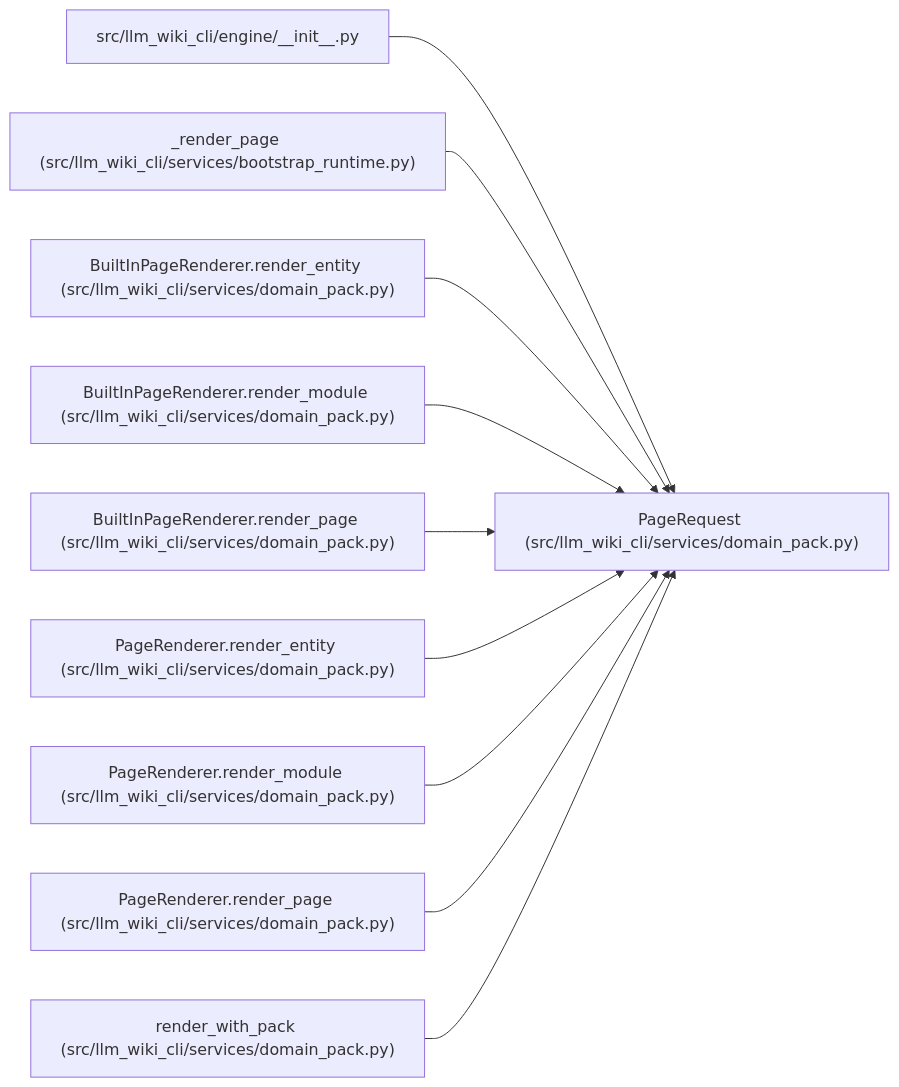
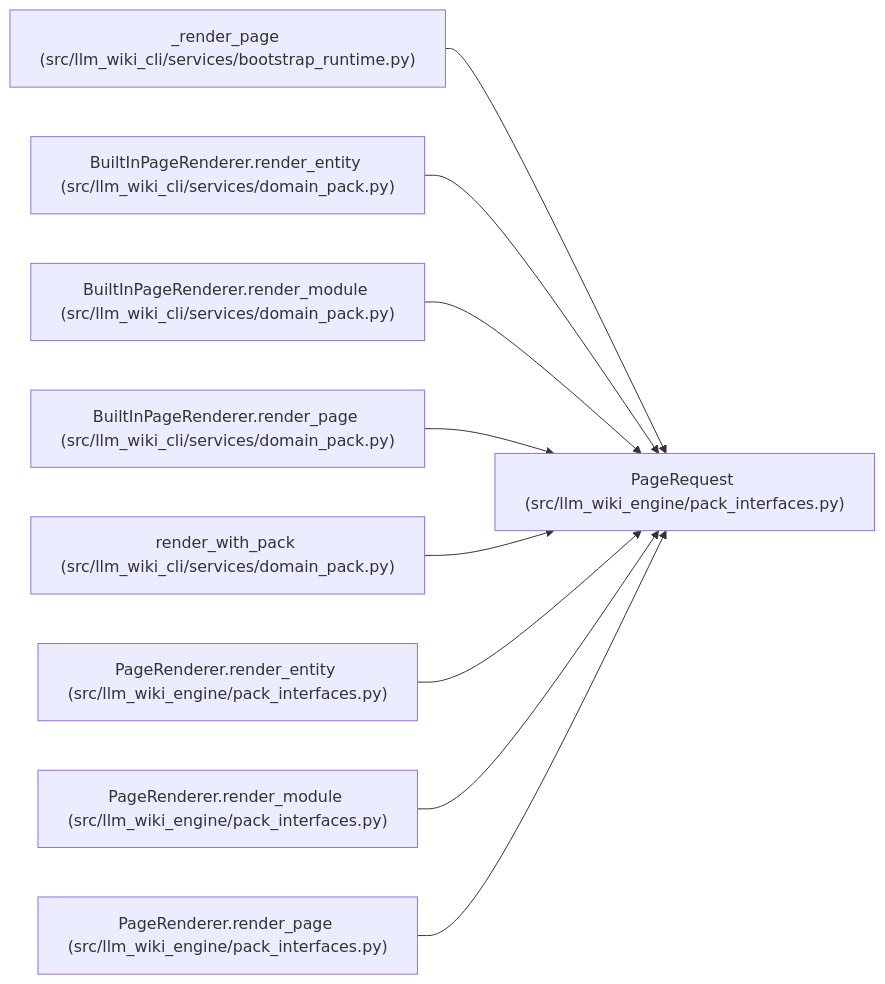
One commit to Denissvgn/python-wiki-llm changed the diagram in docs/llm_wiki/entities/PageRequest.md. Above: the diagram before and after it, drawn with Mermaid. The commit also changed other lines of this file and 585 other files, not shown here.

Commit message:
docs: refresh the wiki for per-engine integrations

````diff
--- a/docs/llm_wiki/entities/PageRequest.md
+++ b/docs/llm_wiki/entities/PageRequest.md
@@ -50,32 +50,29 @@
 ```mermaid
 flowchart LR
-    n0["PageRequest (src/llm_wiki_cli/services/domain_pack.py)"]
-    n1["src/llm_wiki_cli/engine/__init__.py"]
-    n2["_render_page (src/llm_wiki_cli/services/bootstrap_runtime.py)"]
-    n3["BuiltInPageRenderer.render_entity (src/llm_wiki_cli/services/domain_pack.py)"]
-    n4["BuiltInPageRenderer.render_module (src/llm_wiki_cli/services/domain_pack.py)"]
-    n5["BuiltInPageRenderer.render_page (src/llm_wiki_cli/services/domain_pack.py)"]
-    n6["PageRenderer.render_entity (src/llm_wiki_cli/services/domain_pack.py)"]
-    n7["PageRenderer.render_module (src/llm_wiki_cli/services/domain_pack.py)"]
-    n8["PageRenderer.render_page (src/llm_wiki_cli/services/domain_pack.py)"]
-    n9["render_with_pack (src/llm_wiki_cli/services/domain_pack.py)"]
+    n0["PageRequest (src/llm_wiki_engine/pack_interfaces.py)"]
+    n1["_render_page (src/llm_wiki_cli/services/bootstrap_runtime.py)"]
+    n2["BuiltInPageRenderer.render_entity (src/llm_wiki_cli/services/domain_pack.py)"]
+    n3["BuiltInPageRenderer.render_module (src/llm_wiki_cli/services/domain_pack.py)"]
+    n4["BuiltInPageRenderer.render_page (src/llm_wiki_cli/services/domain_pack.py)"]
+    n5["render_with_pack (src/llm_wiki_cli/services/domain_pack.py)"]
+    n6["PageRenderer.render_entity (src/llm_wiki_engine/pack_interfaces.py)"]
+    n7["PageRenderer.render_module (src/llm_wiki_engine/pack_interfaces.py)"]
+    n8["PageRenderer.render_page (src/llm_wiki_engine/pack_interfaces.py)"]
     n1 --> n0
     n2 --> n0
     n3 --> n0
     n4 --> n0
     n5 --> n0
     n6 --> n0
     n7 --> n0
     n8 --> n0
-    n9 --> n0
-    click n0 "../modules/domain_pack.md"
-    click n1 "../modules/engine___init__.md"
-    click n2 "../modules/bootstrap_runtime.md"
+    click n0 "../modules/pack_interfaces.md"
+    click n1 "../modules/bootstrap_runtime.md"
+    click n2 "../modules/domain_pack.md"
     click n3 "../modules/domain_pack.md"
     click n4 "../modules/domain_pack.md"
     click n5 "../modules/domain_pack.md"
-    click n6 "../modules/domain_pack.md"
-    click n7 "../modules/domain_pack.md"
-    click n8 "../modules/domain_pack.md"
-    click n9 "../modules/domain_pack.md"
+    click n6 "../modules/pack_interfaces.md"
+    click n7 "../modules/pack_interfaces.md"
+    click n8 "../modules/pack_interfaces.md"
 ```
````
